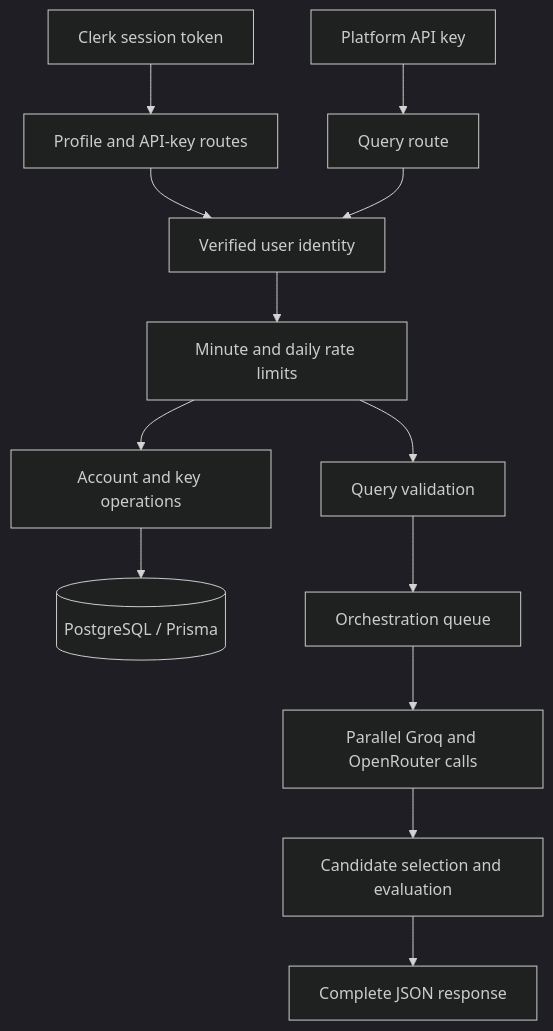
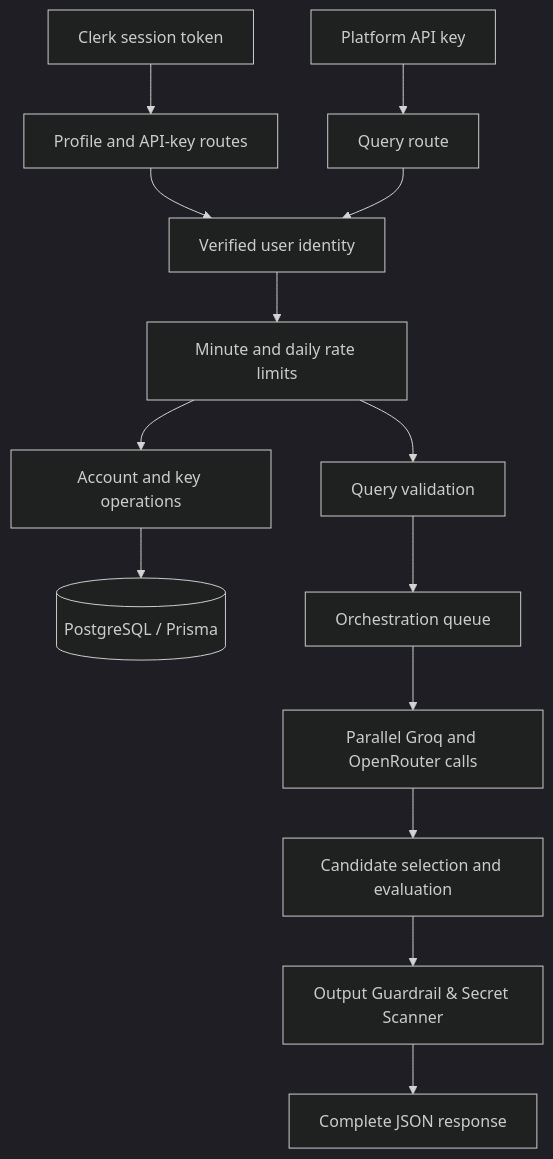
The first of 2 diagrams in backend/README.md (subhamoydatta703/AI-Inference-Platform), drawn with Mermaid (dark theme) before and after one commit. The commit also changed other lines of this file and 6 other files, not shown here.

````diff
--- a/backend/README.md
+++ b/backend/README.md
@@ -65,15 +66,16 @@
 ```mermaid
 flowchart TD
     Session[Clerk session token] --> Account[Profile and API-key routes]
     Key[Platform API key] --> Query[Query route]
     Account --> Identity[Verified user identity]
     Query --> Identity
     Identity --> Limits[Minute and daily rate limits]
     Limits --> AccountWork[Account and key operations]
     Limits --> Validation[Query validation]
     AccountWork --> DB[(PostgreSQL / Prisma)]
     Validation --> Queue[Orchestration queue]
     Queue --> Providers[Parallel Groq and OpenRouter calls]
     Providers --> Select[Candidate selection and evaluation]
-    Select --> Output[Complete JSON response]
+    Select --> Guardrail[Output Guardrail & Secret Scanner]
+    Guardrail --> Output[Complete JSON response]
 ```
````
